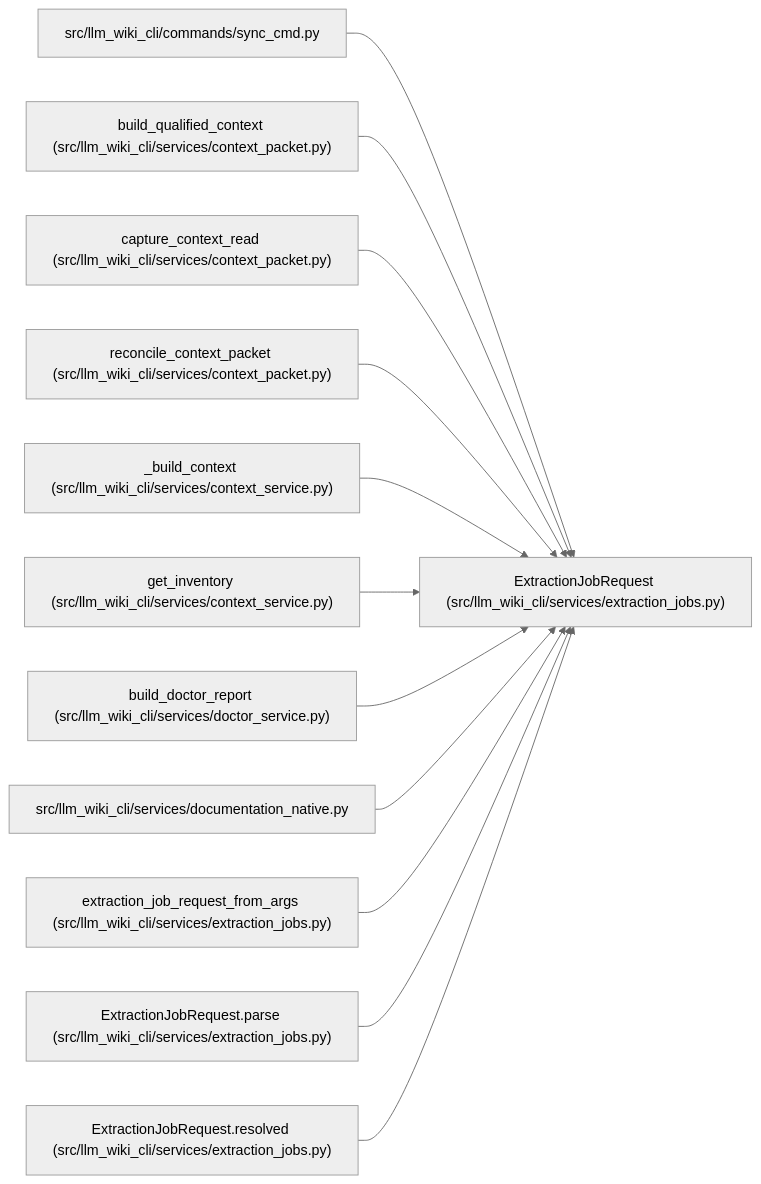
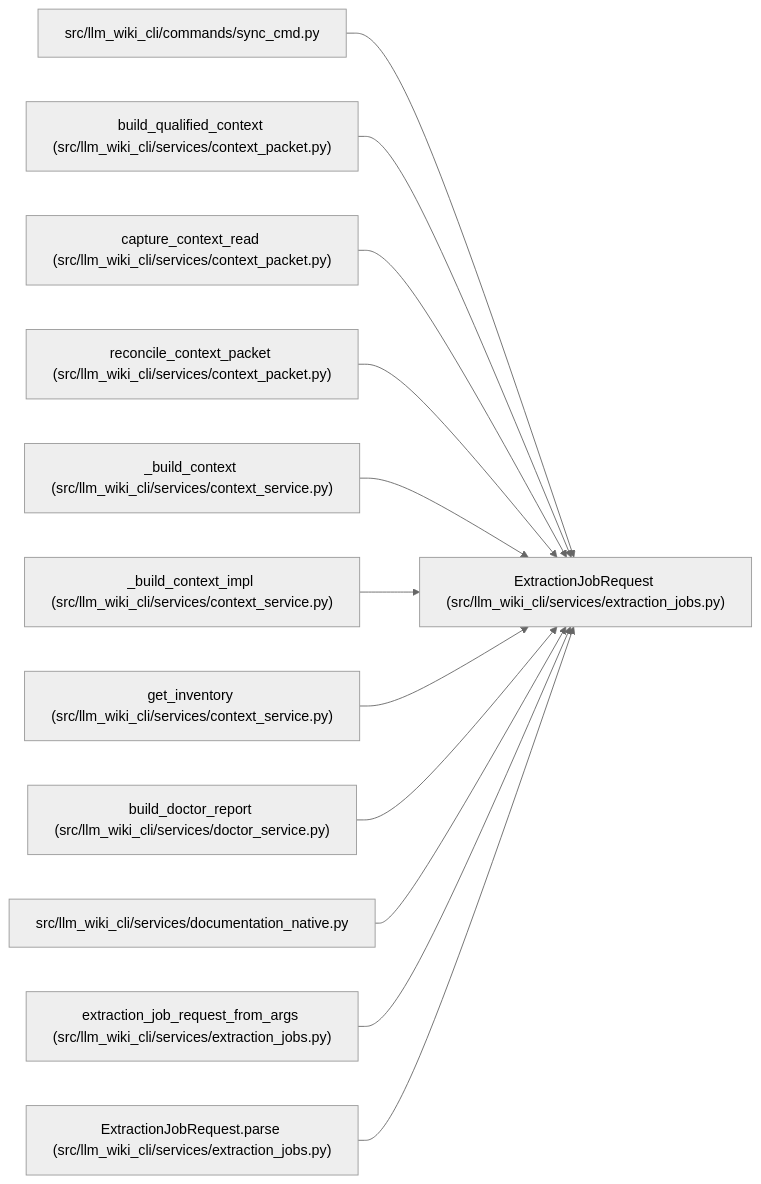
One commit to Denissvgn/python-wiki-llm changed the diagram in docs/llm_wiki/entities/ExtractionJobRequest.md. Above: the diagram before and after it, drawn with Mermaid (neutral theme). The commit also changed other lines of this file and 364 other files, not shown here.

````diff
--- a/docs/llm_wiki/entities/ExtractionJobRequest.md
+++ b/docs/llm_wiki/entities/ExtractionJobRequest.md
@@ -31,38 +31,38 @@
 ```mermaid
 flowchart LR
     n0["ExtractionJobRequest (src/llm_wiki_cli/services/extraction_jobs.py)"]
     n1["src/llm_wiki_cli/commands/sync_cmd.py"]
     n2["build_qualified_context (src/llm_wiki_cli/services/context_packet.py)"]
     n3["capture_context_read (src/llm_wiki_cli/services/context_packet.py)"]
     n4["reconcile_context_packet (src/llm_wiki_cli/services/context_packet.py)"]
     n5["_build_context (src/llm_wiki_cli/services/context_service.py)"]
-    n6["get_inventory (src/llm_wiki_cli/services/context_service.py)"]
-    n7["build_doctor_report (src/llm_wiki_cli/services/doctor_service.py)"]
-    n8["src/llm_wiki_cli/services/documentation_native.py"]
-    n9["extraction_job_request_from_args (src/llm_wiki_cli/services/extraction_jobs.py)"]
-    n10["ExtractionJobRequest.parse (src/llm_wiki_cli/services/extraction_jobs.py)"]
-    n11["ExtractionJobRequest.resolved (src/llm_wiki_cli/services/extraction_jobs.py)"]
+    n6["_build_context_impl (src/llm_wiki_cli/services/context_service.py)"]
+    n7["get_inventory (src/llm_wiki_cli/services/context_service.py)"]
+    n8["build_doctor_report (src/llm_wiki_cli/services/doctor_service.py)"]
+    n9["src/llm_wiki_cli/services/documentation_native.py"]
+    n10["extraction_job_request_from_args (src/llm_wiki_cli/services/extraction_jobs.py)"]
+    n11["ExtractionJobRequest.parse (src/llm_wiki_cli/services/extraction_jobs.py)"]
     n1 --> n0
     n2 --> n0
     n3 --> n0
     n4 --> n0
     n5 --> n0
     n6 --> n0
     n7 --> n0
     n8 --> n0
     n9 --> n0
     n10 --> n0
     n11 --> n0
     click n0 "../modules/extraction_jobs.md"
     click n1 "../modules/sync_cmd.md"
     click n2 "../modules/context_packet.md"
     click n3 "../modules/context_packet.md"
     click n4 "../modules/context_packet.md"
     click n5 "../modules/context_service.md"
     click n6 "../modules/context_service.md"
-    click n7 "../modules/doctor_service.md"
-    click n8 "../modules/documentation_native.md"
-    click n9 "../modules/extraction_jobs.md"
+    click n7 "../modules/context_service.md"
+    click n8 "../modules/doctor_service.md"
+    click n9 "../modules/documentation_native.md"
     click n10 "../modules/extraction_jobs.md"
     click n11 "../modules/extraction_jobs.md"
 ```
````
